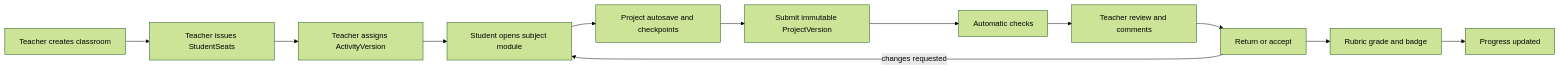
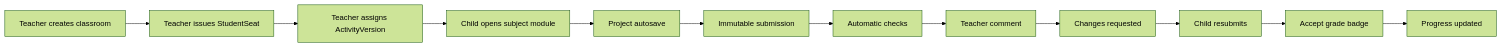
One commit to spikeal8-maker/asa-lab changed the second of 5 diagrams in docs/project-map/PROJECT_MAP.md. Above: the diagram before and after it, drawn with Mermaid (forest theme). The commit also changed other lines of this file, not shown here.

````diff
--- a/docs/project-map/PROJECT_MAP.md
+++ b/docs/project-map/PROJECT_MAP.md
@@ -120,17 +102,17 @@
 ```mermaid
 flowchart LR
     C1[Teacher creates classroom]
-    C2[Teacher issues StudentSeats]
+    C2[Teacher issues StudentSeat]
     C3[Teacher assigns ActivityVersion]
-    C4[Student opens subject module]
-    C5[Project autosave and checkpoints]
-    C6[Submit immutable ProjectVersion]
+    C4[Child opens subject module]
+    C5[Project autosave]
+    C6[Immutable submission]
     C7[Automatic checks]
-    C8[Teacher review and comments]
-    C9[Return or accept]
-    C10[Rubric grade and badge]
-    C11[Progress updated]
+    C8[Teacher comment]
+    C9[Changes requested]
+    C10[Child resubmits]
+    C11[Accept grade badge]
+    C12[Progress updated]
 
-    C1 --> C2 --> C3 --> C4 --> C5 --> C6 --> C7 --> C8 --> C9 --> C10 --> C11
-    C9 -->|changes requested| C4
+    C1 --> C2 --> C3 --> C4 --> C5 --> C6 --> C7 --> C8 --> C9 --> C10 --> C11 --> C12
 ```
````
